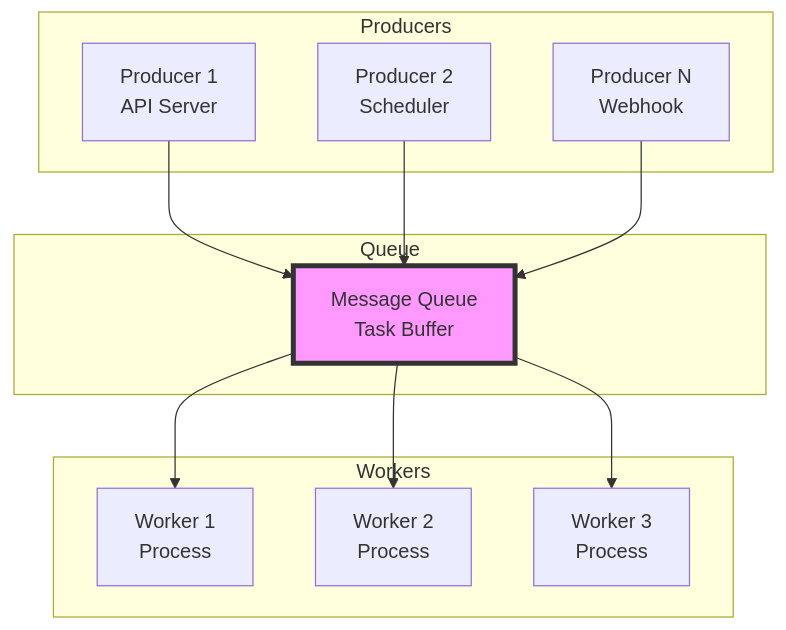
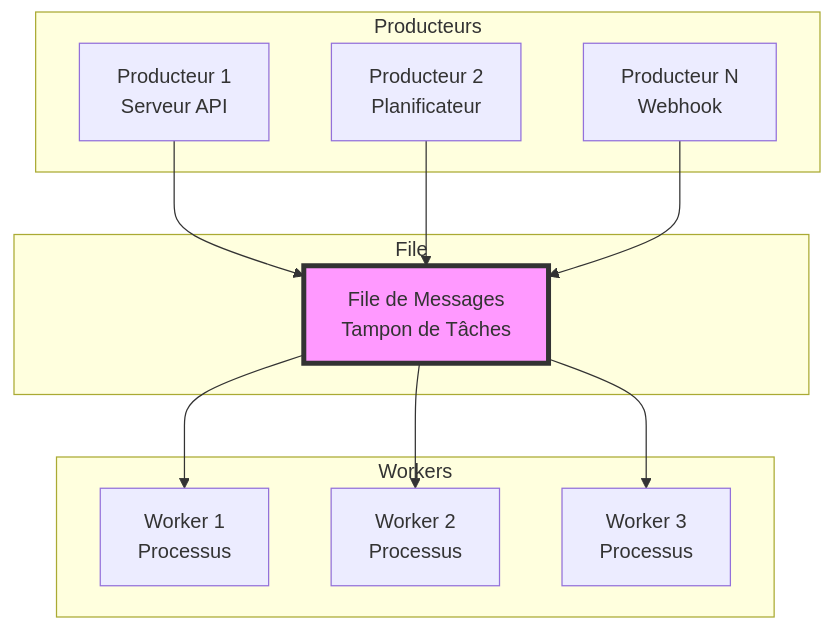
The first of 3 diagrams in src/fundamentals/03-queue-system.md (dardourimohamed/distributed-systems-course), drawn with Mermaid before and after one commit. The commit also changed other lines of this file and 38 other files, not shown here.

````diff
--- a/src/fundamentals/03-queue-system.md
+++ b/src/fundamentals/03-queue-system.md
@@ -19,27 +19,27 @@
 ```mermaid
 graph TB
-    subgraph "Producers"
-        P1[Producer 1<br/>API Server]
-        P2[Producer 2<br/>Scheduler]
-        P3[Producer N<br/>Webhook]
+    subgraph "Producteurs"
+        P1[Producteur 1<br/>Serveur API]
+        P2[Producteur 2<br/>Planificateur]
+        P3[Producteur N<br/>Webhook]
     end
 
-    subgraph "Queue"
-        Q[Message Queue<br/>Task Buffer]
+    subgraph "File"
+        Q[File de Messages<br/>Tampon de Tâches]
     end
 
     subgraph "Workers"
-        W1[Worker 1<br/>Process]
-        W2[Worker 2<br/>Process]
-        W3[Worker 3<br/>Process]
+        W1[Worker 1<br/>Processus]
+        W2[Worker 2<br/>Processus]
+        W3[Worker 3<br/>Processus]
     end
 
     P1 --> Q
     P2 --> Q
     P3 --> Q
     Q --> W1
     Q --> W2
     Q --> W3
 
     style Q fill:#f9f,stroke:#333,stroke-width:4px
 ```
````
